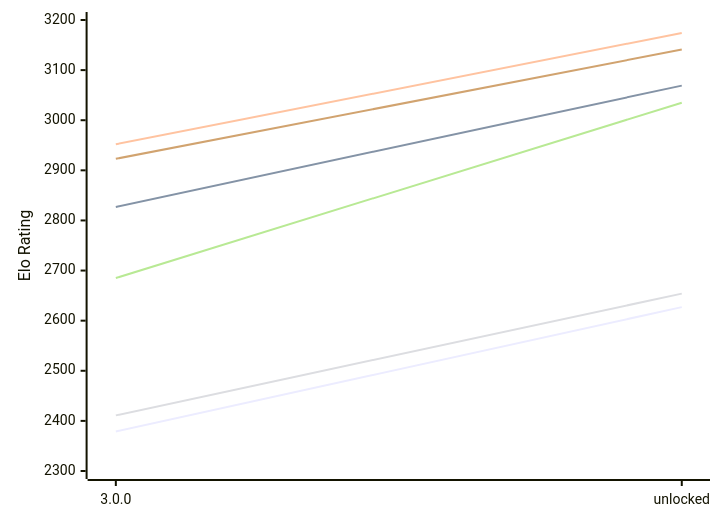
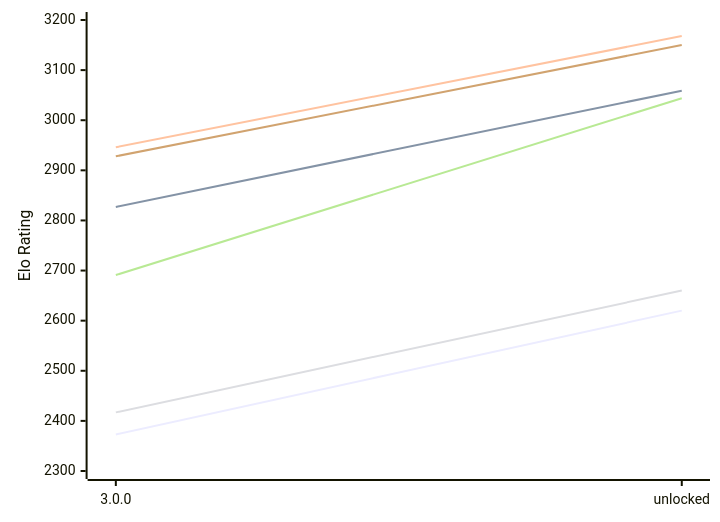
One commit to computer-chess-index/cci changed the first of 2 diagrams in engines/Potential.md. Above: the diagram before and after it, drawn with Mermaid. The commit also changed other lines of this file, not shown here.

Commit message:
Update CCI Ratings (ELO VLTC) - 2026-11-18

````diff
--- a/engines/Potential.md
+++ b/engines/Potential.md
@@ -51,12 +51,12 @@
 ```mermaid
 %%{init: {"theme":"base","themeVariables":{"seriesColors:['#a3a3a3','#222221','#faa371']}}}%%
 xychart-beta
   x-axis ["3.0.0", "unlocked"]
   y-axis "Elo Rating" 2300 --> 3200
-  line "E1: STC (8.0+0.08s)" [2379, 2627]
-  line "E1: LTC (60.0+0.60s)" [2827, 3069]
-  line "E1: VLTC (2m24s+1.12s)" [2952, 3174]
-  line "P1: STC (8.0+0.08s)" [2411, 2654]
-  line "P1: LTC (60.0+0.60s)" [2685, 3035]
-  line "P1: VLTC (2m24s+1.12s)" [2923, 3141]
+  line "E1: STC (8.0+0.08s)" [2373, 2620]
+  line "E1: LTC (60.0+0.60s)" [2827, 3059]
+  line "E1: VLTC (2m24s+1.12s)" [2946, 3168]
+  line "P1: STC (8.0+0.08s)" [2417, 2660]
+  line "P1: LTC (60.0+0.60s)" [2691, 3044]
+  line "P1: VLTC (2m24s+1.12s)" [2928, 3150]
 ```
````
